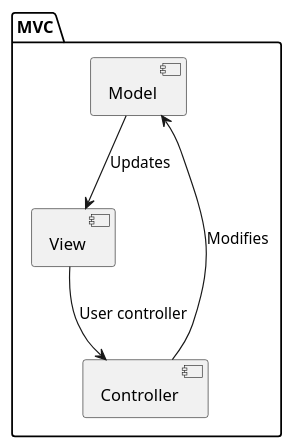
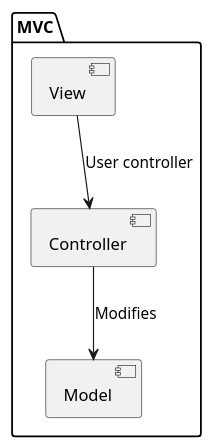
The first of 3 diagrams in src/docs/05_building_block_view.adoc (Arquisoft/viade_en1a), drawn with PlantUML before and after one commit. The commit also changed other lines of this file, not shown here.

```diff
--- a/src/docs/05_building_block_view.adoc
+++ b/src/docs/05_building_block_view.adoc
@@ -63,18 +63,16 @@
 [plantuml,"MVC Block Diagram",png]
 ----
 package "MVC" {
 
     [Model] as Model
 
     [View] as View
 
     [Controller] as Controller
 }
 
 
 Controller --> Model: "Modifies"
 
 View --> Controller : "User controller"
-
-Model --> View : "Updates"
 ----
```
